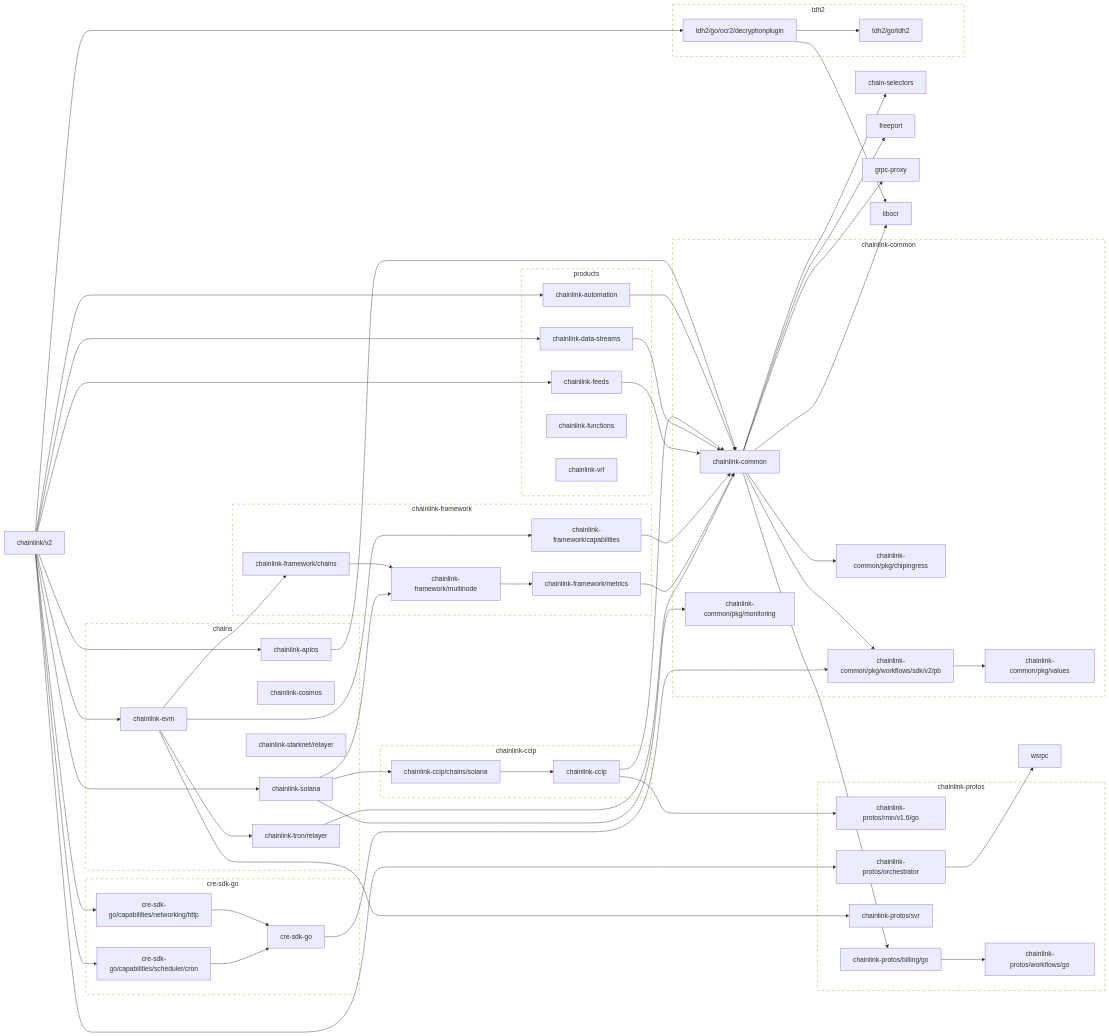
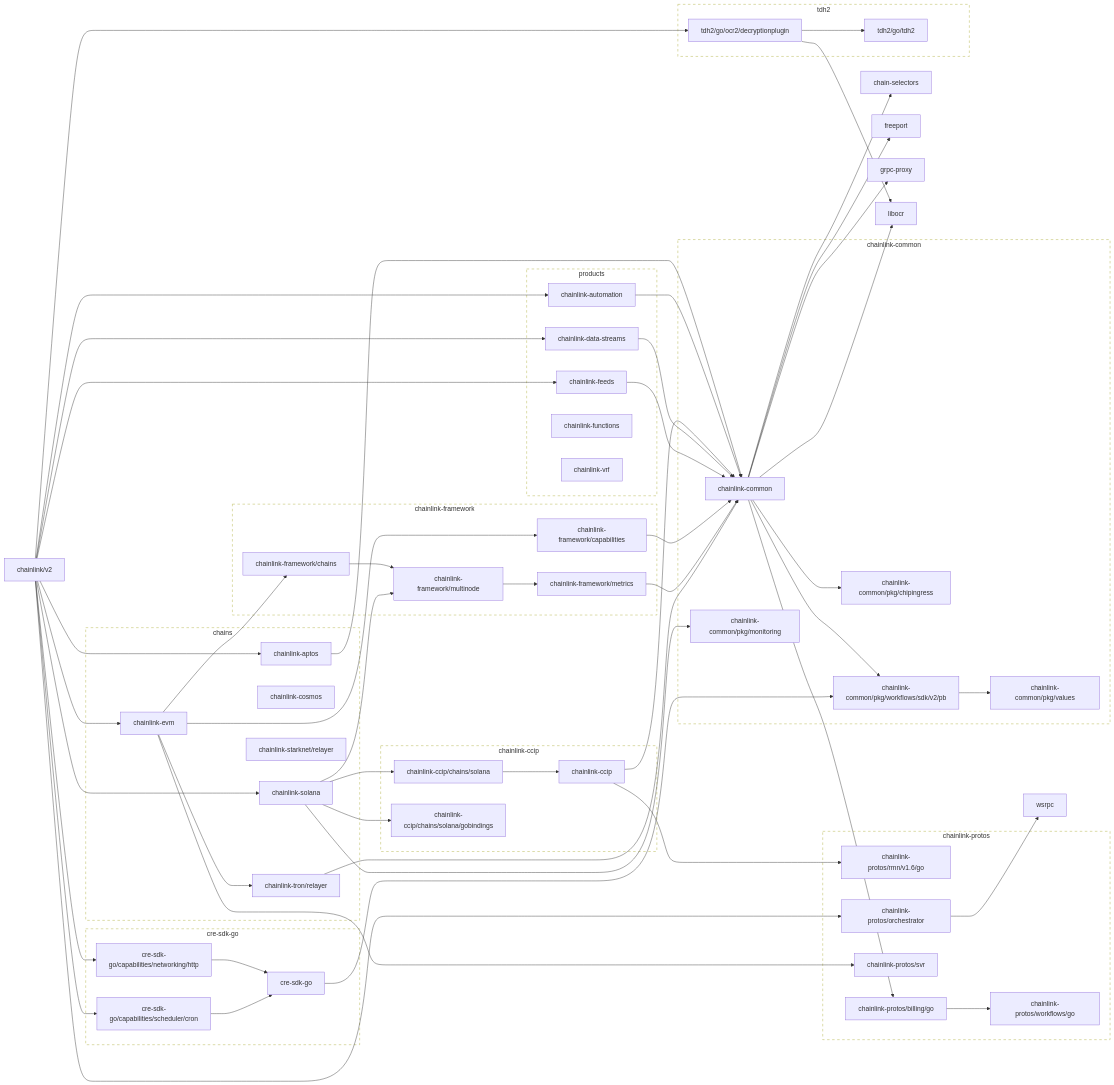
Before and after one commit to JohnDaWalka/chainlink: the first of 2 diagrams in go.md, drawn with Mermaid. The commit also changed other lines of this file and 71 other files, not shown here.

```diff
--- a/go.md
+++ b/go.md
@@ -33,6 +33,8 @@
 	click chainlink-ccip href "https://github.com/smartcontractkit/chainlink-ccip"
 	chainlink-ccip/chains/solana --> chainlink-ccip
 	click chainlink-ccip/chains/solana href "https://github.com/smartcontractkit/chainlink-ccip"
+	chainlink-ccip/chains/solana/gobindings
+	click chainlink-ccip/chains/solana/gobindings href "https://github.com/smartcontractkit/chainlink-ccip"
 	chainlink-common --> chain-selectors
 	chainlink-common --> chainlink-common/pkg/chipingress
 	chainlink-common --> chainlink-common/pkg/workflows/sdk/v2/pb
@@ -77,6 +79,7 @@
 	chainlink-protos/workflows/go
 	click chainlink-protos/workflows/go href "https://github.com/smartcontractkit/chainlink-protos"
 	chainlink-solana --> chainlink-ccip/chains/solana
+	chainlink-solana --> chainlink-ccip/chains/solana/gobindings
 	chainlink-solana --> chainlink-common/pkg/monitoring
 	chainlink-solana --> chainlink-framework/multinode
 	click chainlink-solana href "https://github.com/smartcontractkit/chainlink-solana"
@@ -116,6 +119,7 @@
 	subgraph chainlink-ccip-repo[chainlink-ccip]
 		 chainlink-ccip
 		 chainlink-ccip/chains/solana
+		 chainlink-ccip/chains/solana/gobindings
 	end
 	click chainlink-ccip-repo href "https://github.com/smartcontractkit/chainlink-ccip"
 
```
